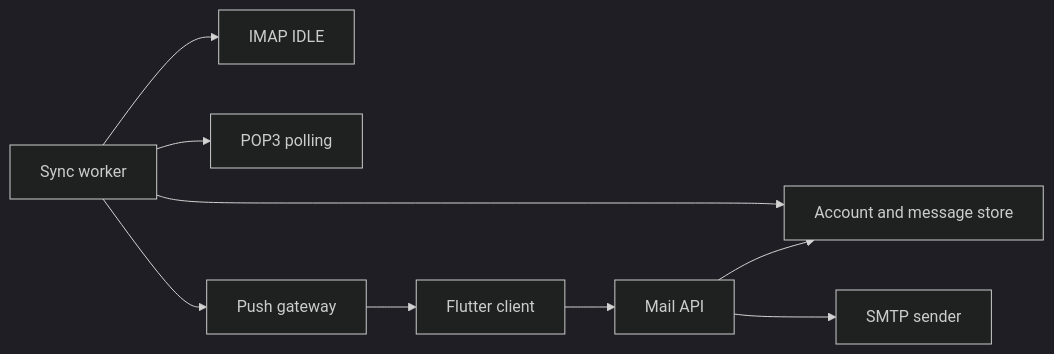
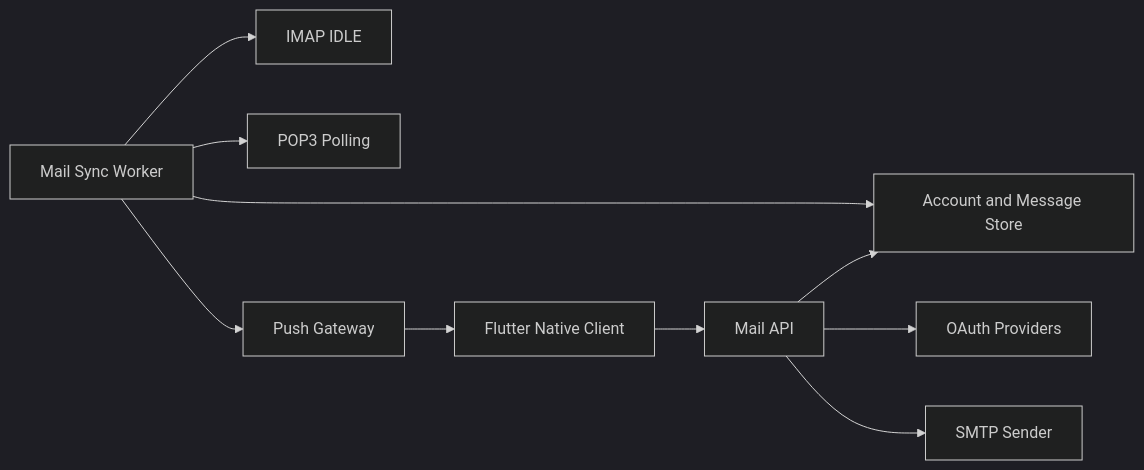
One commit to littlebit0/DailyPostBox changed the diagram in README.md. Above: the diagram before and after it, drawn with Mermaid (dark theme). The commit also changed other lines of this file and 42 other files, not shown here.

First line of the commit message:
feat: expand account mailbox and authentication flows

````diff
--- a/README.md
+++ b/README.md
@@ -23,11 +44,12 @@
 ```mermaid
 flowchart LR
-  Client["Flutter client"] --> API["Mail API"]
-  API --> Store["Account and message store"]
-  API --> SMTP["SMTP sender"]
-  Worker["Sync worker"] --> IMAP["IMAP IDLE"]
-  Worker --> POP3["POP3 polling"]
+  Client["Flutter Native Client"] --> API["Mail API"]
+  API --> Store["Account and Message Store"]
+  API --> OAuth["OAuth Providers"]
+  API --> SMTP["SMTP Sender"]
+  Worker["Mail Sync Worker"] --> IMAP["IMAP IDLE"]
+  Worker --> POP3["POP3 Polling"]
   Worker --> Store
-  Worker --> Push["Push gateway"]
+  Worker --> Push["Push Gateway"]
   Push --> Client
 ```
````
